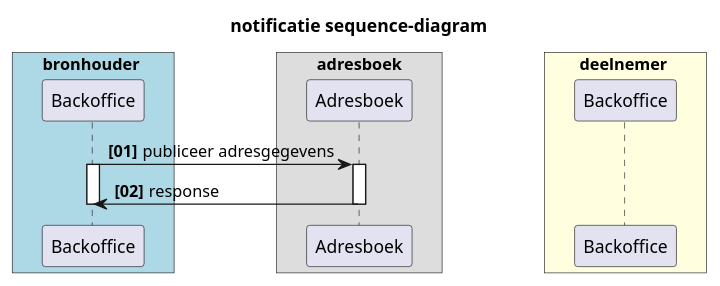
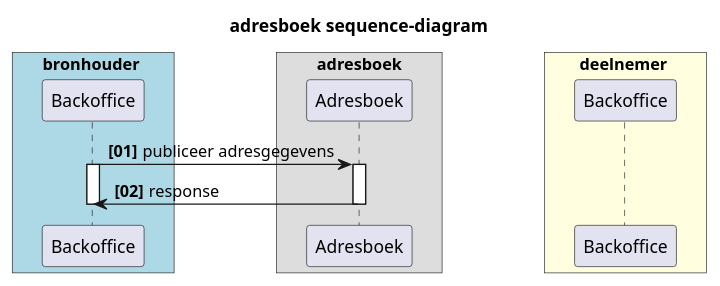
One commit to iStandaarden/iWlz-RequestForComment changed the diagram in RFC/RFC0003 - Adresboek.md. Above: the diagram before and after it, drawn with PlantUML.

Commit message:
Update RFC0003 - Adresboek.md

````diff
--- a/RFC/RFC0003 - Adresboek.md
+++ b/RFC/RFC0003 - Adresboek.md
@@ -56,26 +56,26 @@
   ```plantuml
-    @startuml rfc008-02-notificatie_sequence
-  title notificatie sequence-diagram
+      @startuml rfc003-01-adresboek_sequence
+  title adresboek sequence-diagram
   skinparam handwritten false
   skinparam participantpadding 20
   skinparam boxpadding 40
   autonumber "<b>[00]"
   box bronhouder #lightblue
   participant "Backoffice" as bs
   end box
 
   box adresboek
   participant "Adresboek" as ab
   end box
 
   box deelnemer #lightyellow
   participant "Backoffice" as dnp
   end box
 
     bs -> ab : publiceer adresgegevens
     activate ab
     activate bs
 ab -> bs : response
     deactivate bs
 deactivate ab
   ```
````
